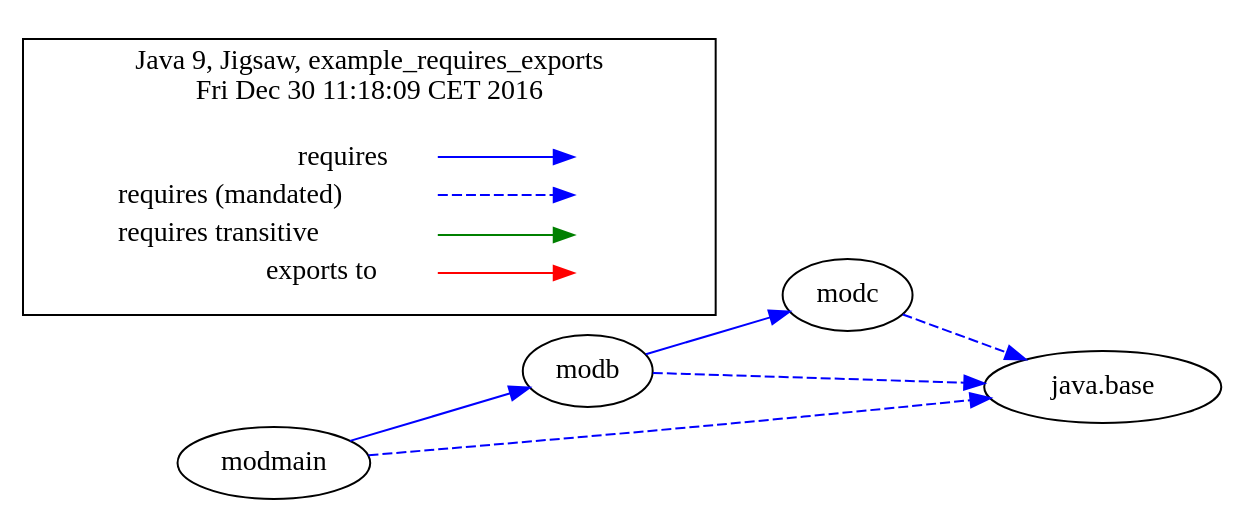
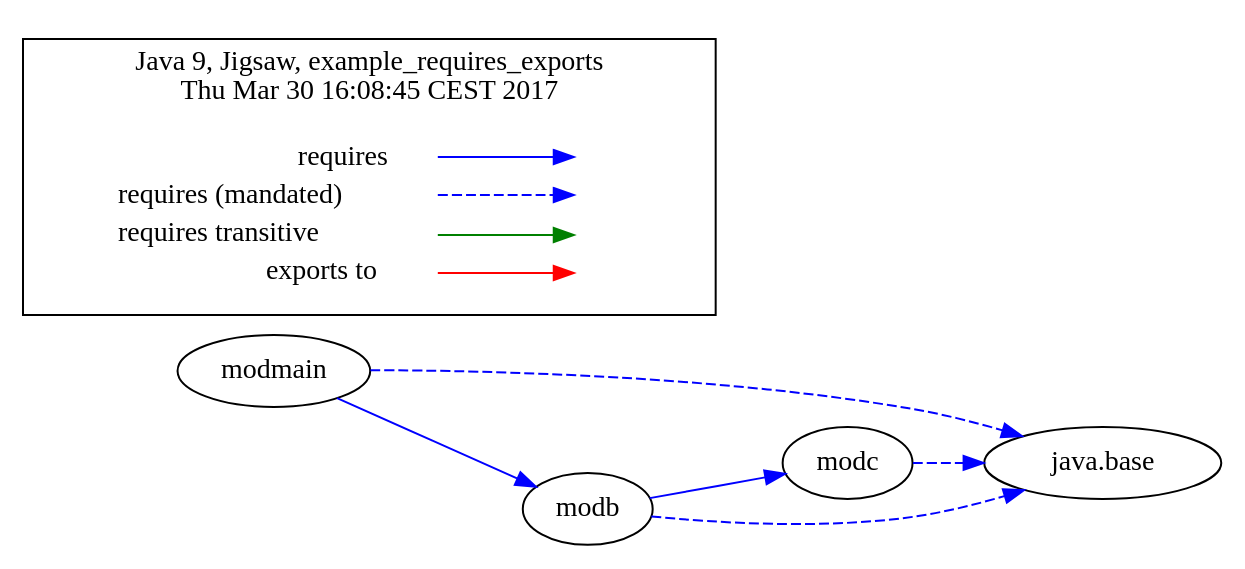
Before and after one commit to accso/java9-jigsaw-examples: the diagram in jigsaw-examples/example_requires_exports/moduledependencies-withlegend.dot, drawn with Graphviz. The commit also changed 112 other files, not shown here.

```diff
--- a/jigsaw-examples/example_requires_exports/moduledependencies-withlegend.dot
+++ b/jigsaw-examples/example_requires_exports/moduledependencies-withlegend.dot
@@ -1,35 +1,35 @@
-# Created by depvis.JigsawDepVisualizer on Fri Dec 30 11:18:08 CET 2016
+# Created by depvis.JigsawDepVisualizer on Thu Mar 30 16:08:45 CEST 2017
 digraph Java9_Dependency_Visualizer {
-modb[fontname="Consolas",shape="ellipse",label="modb"];
 modc[fontname="Consolas",shape="ellipse",label="modc"];
 java_base[fontname="Consolas",shape="ellipse",label="java.base"];
+modb[fontname="Consolas",shape="ellipse",label="modb"];
 modmain[fontname="Consolas",shape="ellipse",label="modmain"];
+modc -> java_base[color="#0000ff",fontname="Consolas",fontcolor="#0000ff",style="dashed",weight="16"]
 modb -> modc[color="#0000ff",fontname="Consolas",fontcolor="#0000ff",weight="8"]
 modb -> java_base[color="#0000ff",fontname="Consolas",fontcolor="#0000ff",style="dashed",weight="16"]
 modmain -> modb[color="#0000ff",fontname="Consolas",fontcolor="#0000ff",weight="8"]
 modmain -> java_base[color="#0000ff",fontname="Consolas",fontcolor="#0000ff",style="dashed",weight="16"]
-modc -> java_base[color="#0000ff",fontname="Consolas",fontcolor="#0000ff",style="dashed",weight="16"]
 rankdir=LR
 node [shape=plaintext]
 subgraph cluster_01 { 
   label = "Java 9, Jigsaw, example_requires_exports
-Fri Dec 30 11:18:09 CET 2016"
+Thu Mar 30 16:08:45 CEST 2017"
   fontname="Consolas"
   key [label=<<table border="0" cellpadding="2" cellspacing="0" cellborder="0">
     <tr><td align="right" port="i1">requires</td></tr>
     <tr><td align="right" port="i2">requires (mandated)</td></tr>
     <tr><td align="right" port="i3">requires transitive</td></tr>
     <tr><td align="right" port="i4">exports to</td></tr>
     </table>>,fontname="Consolas"]
   key2 [label=<<table border="0" cellpadding="2" cellspacing="0" cellborder="0">
     <tr><td port="i1">&nbsp;</td></tr>
     <tr><td port="i2">&nbsp;</td></tr>
     <tr><td port="i3">&nbsp;</td></tr>
     <tr><td port="i4">&nbsp;</td></tr>
     </table>>,fontname="Consolas"]
   key:i1:e -> key2:i1:w [color=BLUE]
   key:i2:e -> key2:i2:w [color=BLUE, style=dashed]
   key:i3:e -> key2:i3:w [color=GREEN]
   key:i4:e -> key2:i4:w [color=RED]
 }
 }
```
